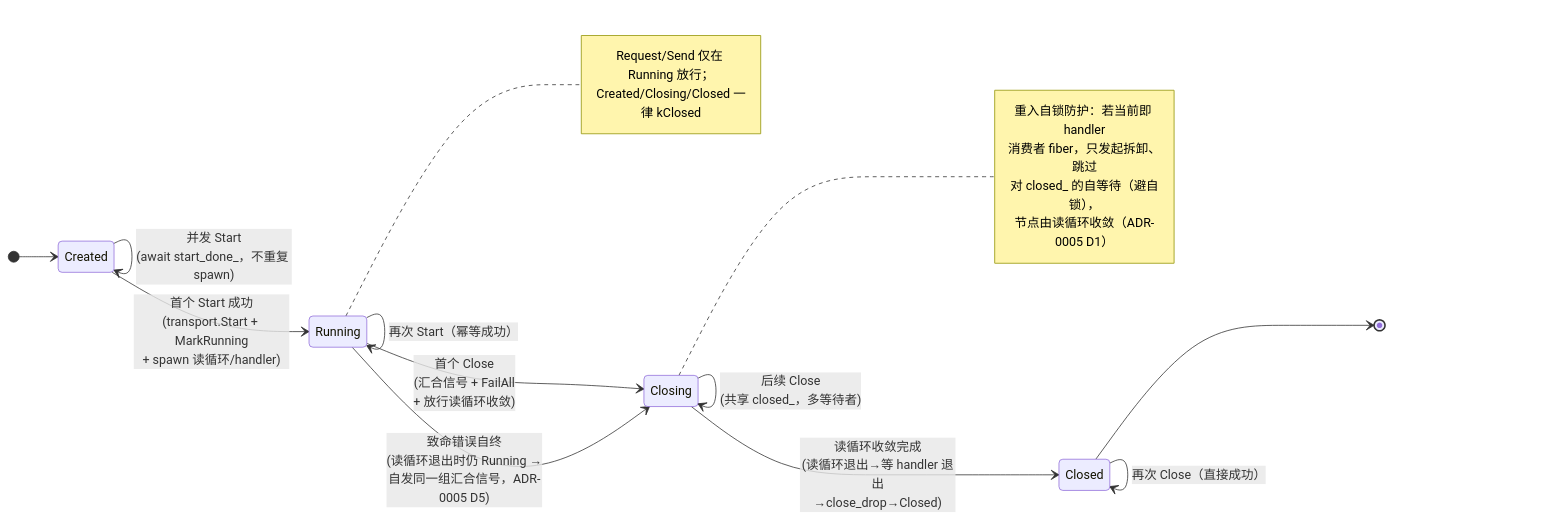
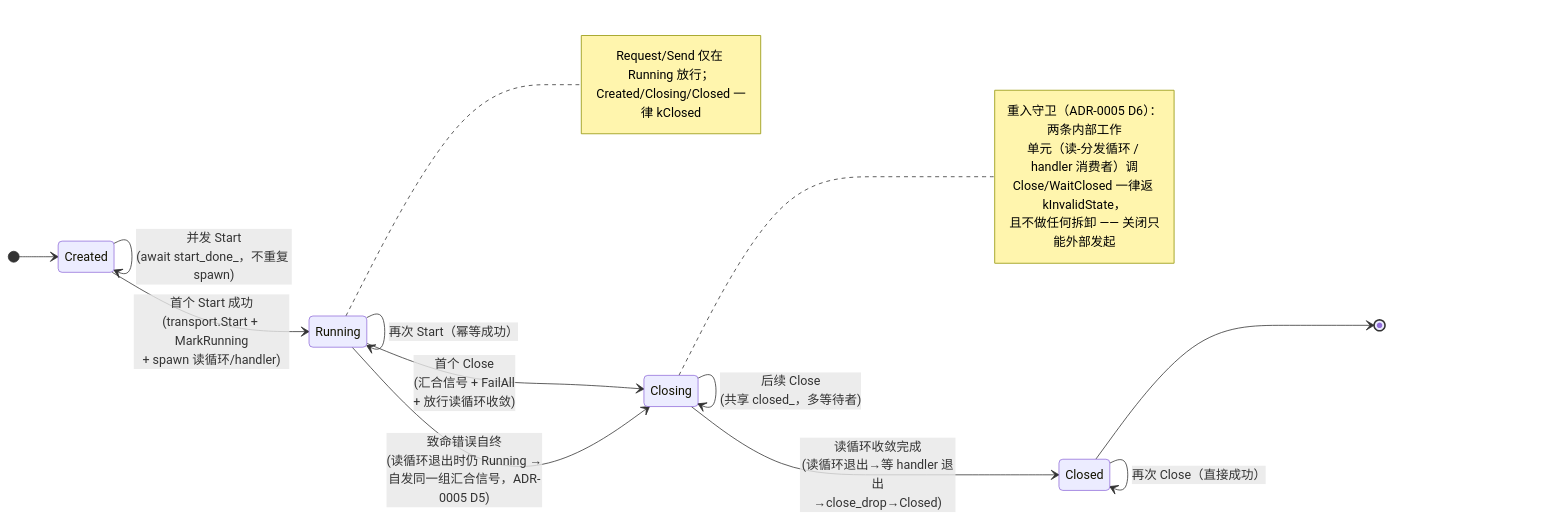
Before and after one commit to Ste7an-cs/Transport: the diagram in docs/diagrams/state-node-lifecycle.mmd, drawn with Mermaid. The commit also changed 10 other files, not shown here.

```diff
--- a/docs/diagrams/state-node-lifecycle.mmd
+++ b/docs/diagrams/state-node-lifecycle.mmd
@@ -1,29 +1,29 @@
 stateDiagram-v2
     direction LR
     [*] --> Created
 
     Created --> Created: ValidateConfig 失败<br/>(kConfiguration，可改配重试)
     Created --> Running: 首个 Start 成功<br/>(transport.Start + MarkRunning<br/>+ spawn 读循环/handler)
     Created --> Created: 并发 Start<br/>(await start_done_，不重复 spawn)
 
     Running --> Running: 再次 Start（幂等成功）
     Running --> Closing: 首个 Close<br/>(汇合信号 + FailAll<br/>+ 放行读循环收敛)
     Running --> Closing: 致命错误自终<br/>(读循环退出时仍 Running →<br/>自发同一组汇合信号，ADR-0005 D5)
 
     Closing --> Closing: 后续 Close<br/>(共享 closed_，多等待者)
     Closing --> Closed: 读循环收敛完成<br/>(读循环退出→等 handler 退出<br/>→close_drop→Closed)
 
     Closed --> Closed: 再次 Close（直接成功）
     Closed --> [*]
 
     note right of Closing
-        重入自锁防护：若当前即 handler
-        消费者 fiber，只发起拆卸、跳过
-        对 closed_ 的自等待（避自锁），
-        节点由读循环收敛（ADR-0005 D1）
+        重入守卫（ADR-0005 D6）：两条内部工作
+        单元（读-分发循环 / handler 消费者）调
+        Close/WaitClosed 一律返 kInvalidState，
+        且不做任何拆卸 —— 关闭只能外部发起
     end note
 
     note right of Running
         Request/Send 仅在 Running 放行；
         Created/Closing/Closed 一律 kClosed
     end note
```
